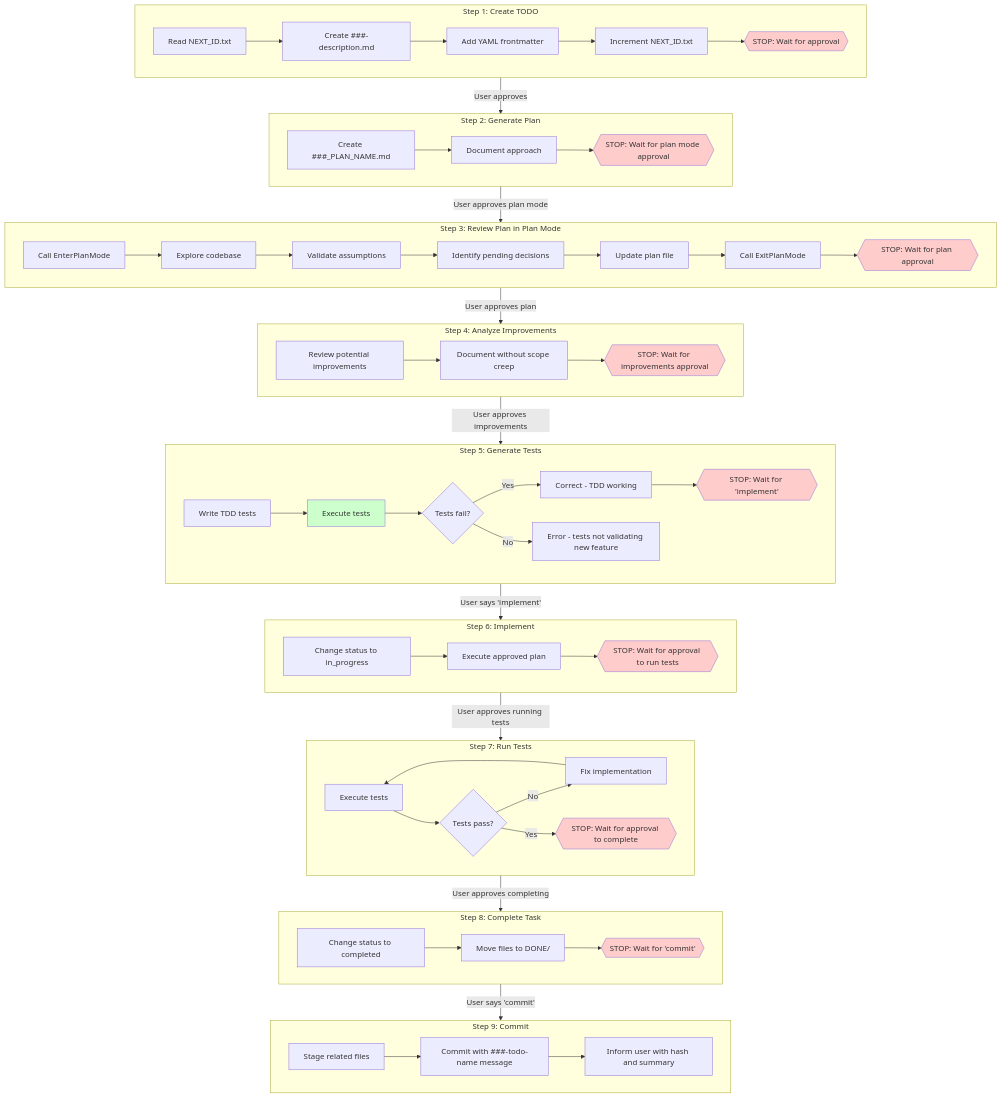
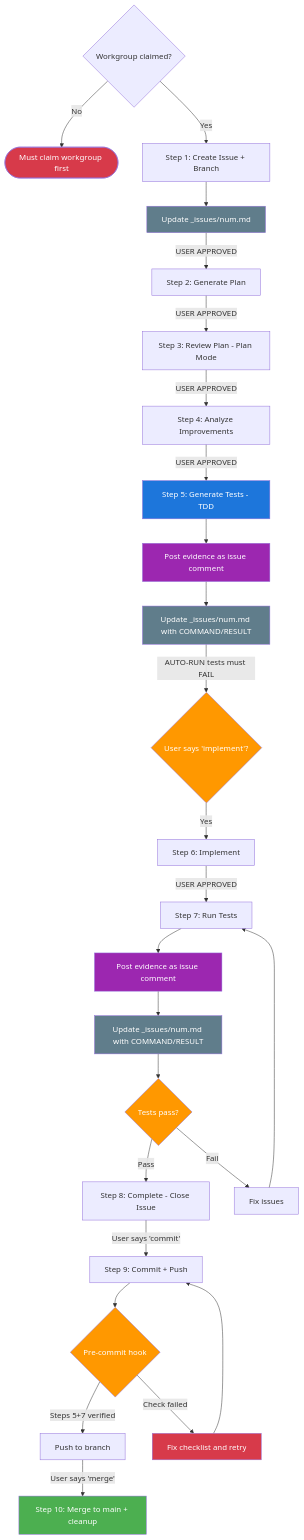
Before and after one commit to mblua/todo-workflow: the second of 4 diagrams in docs/WORKFLOW_DIAGRAM.md, drawn with Mermaid. The commit also changed other lines of this file and 19 other files, not shown here.

First line of the commit message:
feat: Add step enforcement system (audit trail, pre-commit hook, issue evidence) (1.1.0)

````diff
--- a/docs/WORKFLOW_DIAGRAM.md
+++ b/docs/WORKFLOW_DIAGRAM.md
@@ -7,77 +39,42 @@
 ```mermaid
 flowchart TD
-    subgraph STEP1["Step 1: Create TODO"]
-        S1A[Read NEXT_ID.txt] --> S1B[Create ###-description.md]
-        S1B --> S1C[Add YAML frontmatter]
-        S1C --> S1D[Increment NEXT_ID.txt]
-        S1D --> S1E{{"STOP: Wait for approval"}}
-    end
+    PRE{Workgroup claimed?}
+    PRE -->|No| BLOCK([Must claim workgroup first])
+    PRE -->|Yes| S1
 
-    subgraph STEP2["Step 2: Generate Plan"]
-        S2A[Create ###_PLAN_NAME.md] --> S2B[Document approach]
-        S2B --> S2C{{"STOP: Wait for plan mode approval"}}
-    end
+    S1[Step 1: Create Issue + Branch] --> CL1[Update _issues/num.md]
+    CL1 -->|USER APPROVED| S2
+    S2[Step 2: Generate Plan] -->|USER APPROVED| S3
+    S3[Step 3: Review Plan - Plan Mode] -->|USER APPROVED| S4
+    S4[Step 4: Analyze Improvements] -->|USER APPROVED| S5
+    S5[Step 5: Generate Tests - TDD] --> EV5[Post evidence as issue comment]
+    EV5 --> CL5[Update _issues/num.md with COMMAND/RESULT]
+    CL5 -->|AUTO-RUN tests must FAIL| WAIT5
+    WAIT5{User says 'implement'?} -->|Yes| S6
+    S6[Step 6: Implement] -->|USER APPROVED| S7
+    S7[Step 7: Run Tests] --> EV7[Post evidence as issue comment]
+    EV7 --> CL7[Update _issues/num.md with COMMAND/RESULT]
+    CL7 --> RESULT{Tests pass?}
+    RESULT -->|Pass| S8
+    RESULT -->|Fail| FIX[Fix issues] --> S7
+    S8[Step 8: Complete - Close Issue] -->|User says 'commit'| S9
+    S9[Step 9: Commit + Push] --> HOOK{Pre-commit hook}
+    HOOK -->|Steps 5+7 verified| S9OK[Push to branch]
+    HOOK -->|Check failed| S9FAIL[Fix checklist and retry]
+    S9FAIL --> S9
+    S9OK -->|User says 'merge'| S10
+    S10[Step 10: Merge to main + cleanup]
 
-    subgraph STEP3["Step 3: Review Plan in Plan Mode"]
-        S3A[Call EnterPlanMode] --> S3B[Explore codebase]
-        S3B --> S3C[Validate assumptions]
-        S3C --> S3D[Identify pending decisions]
-        S3D --> S3E[Update plan file]
-        S3E --> S3F[Call ExitPlanMode]
-        S3F --> S3G{{"STOP: Wait for plan approval"}}
-    end
-
-    subgraph STEP4["Step 4: Analyze Improvements"]
-        S4A[Review potential improvements] --> S4B[Document without scope creep]
-        S4B --> S4C{{"STOP: Wait for improvements approval"}}
-    end
-
-    subgraph STEP5["Step 5: Generate Tests"]
-        S5A[Write TDD tests] --> S5B[Execute tests]
-        S5B --> S5C{Tests fail?}
-        S5C -->|Yes| S5D[Correct - TDD working]
-        S5C -->|No| S5E[Error - tests not validating new feature]
-        S5D --> S5F{{"STOP: Wait for 'implement'"}}
-    end
-
-    subgraph STEP6["Step 6: Implement"]
-        S6A[Change status to in_progress] --> S6B[Execute approved plan]
-        S6B --> S6C{{"STOP: Wait for approval to run tests"}}
-    end
-
-    subgraph STEP7["Step 7: Run Tests"]
-        S7A[Execute tests] --> S7B{Tests pass?}
-        S7B -->|No| S7C[Fix implementation]
-        S7C --> S7A
-        S7B -->|Yes| S7D{{"STOP: Wait for approval to complete"}}
-    end
-
-    subgraph STEP8["Step 8: Complete Task"]
-        S8A[Change status to completed] --> S8B[Move files to DONE/]
-        S8B --> S8C{{"STOP: Wait for 'commit'"}}
-    end
-
-    subgraph STEP9["Step 9: Commit"]
-        S9A[Stage related files] --> S9B[Commit with ###-todo-name message]
-        S9B --> S9C[Inform user with hash and summary]
-    end
-
-    STEP1 -->|User approves| STEP2
-    STEP2 -->|User approves plan mode| STEP3
-    STEP3 -->|User approves plan| STEP4
-    STEP4 -->|User approves improvements| STEP5
-    STEP5 -->|User says 'implement'| STEP6
-    STEP6 -->|User approves running tests| STEP7
-    STEP7 -->|User approves completing| STEP8
-    STEP8 -->|User says 'commit'| STEP9
-
-    style S1E fill:#ffcccc
-    style S2C fill:#ffcccc
-    style S3G fill:#ffcccc
-    style S4C fill:#ffcccc
-    style S5F fill:#ffcccc
-    style S6C fill:#ffcccc
-    style S7D fill:#ffcccc
-    style S8C fill:#ffcccc
-    style S5B fill:#ccffcc
+    style BLOCK fill:#D73A4A,color:#fff
+    style S5 fill:#1D76DB,color:#fff
+    style S10 fill:#4CAF50,color:#fff
+    style WAIT5 fill:#FF9800,color:#fff
+    style RESULT fill:#FF9800,color:#fff
+    style HOOK fill:#FF9800,color:#fff
+    style S9FAIL fill:#D73A4A,color:#fff
+    style EV5 fill:#9C27B0,color:#fff
+    style EV7 fill:#9C27B0,color:#fff
+    style CL1 fill:#607D8B,color:#fff
+    style CL5 fill:#607D8B,color:#fff
+    style CL7 fill:#607D8B,color:#fff
 ```
````
